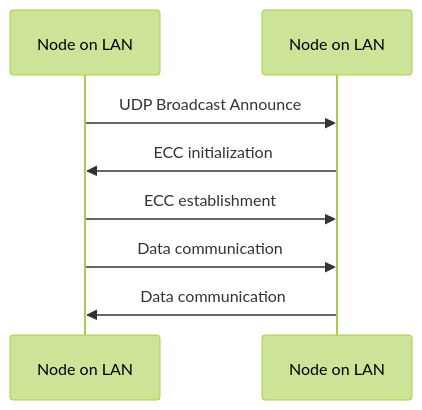
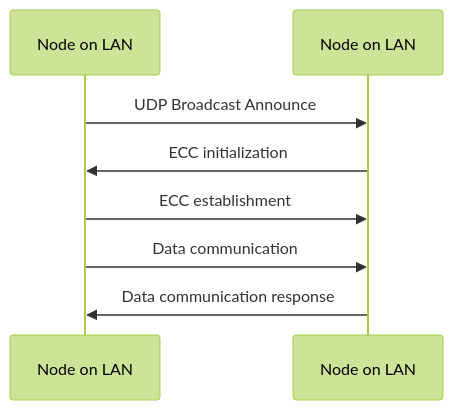
One commit to packetqc/MPLIB changed the first of 2 diagrams in key-exchange.md. Above: the diagram before and after it, drawn with Mermaid (forest theme).

````diff
--- a/key-exchange.md
+++ b/key-exchange.md
@@ -21,10 +21,10 @@
 ```mermaid
 sequenceDiagram
     participant N1 as Node on LAN
     participant N2 as Node on LAN
     N1->>N2: UDP Broadcast Announce
     N2->>N1: ECC initialization
     N1->>N2: ECC establishment
-    N1->>N2: Data communication
-    N2->>N1: Data communication
+    N1->>N2: Data communication 
+    N2->>N1: Data communication response
 ```
````
